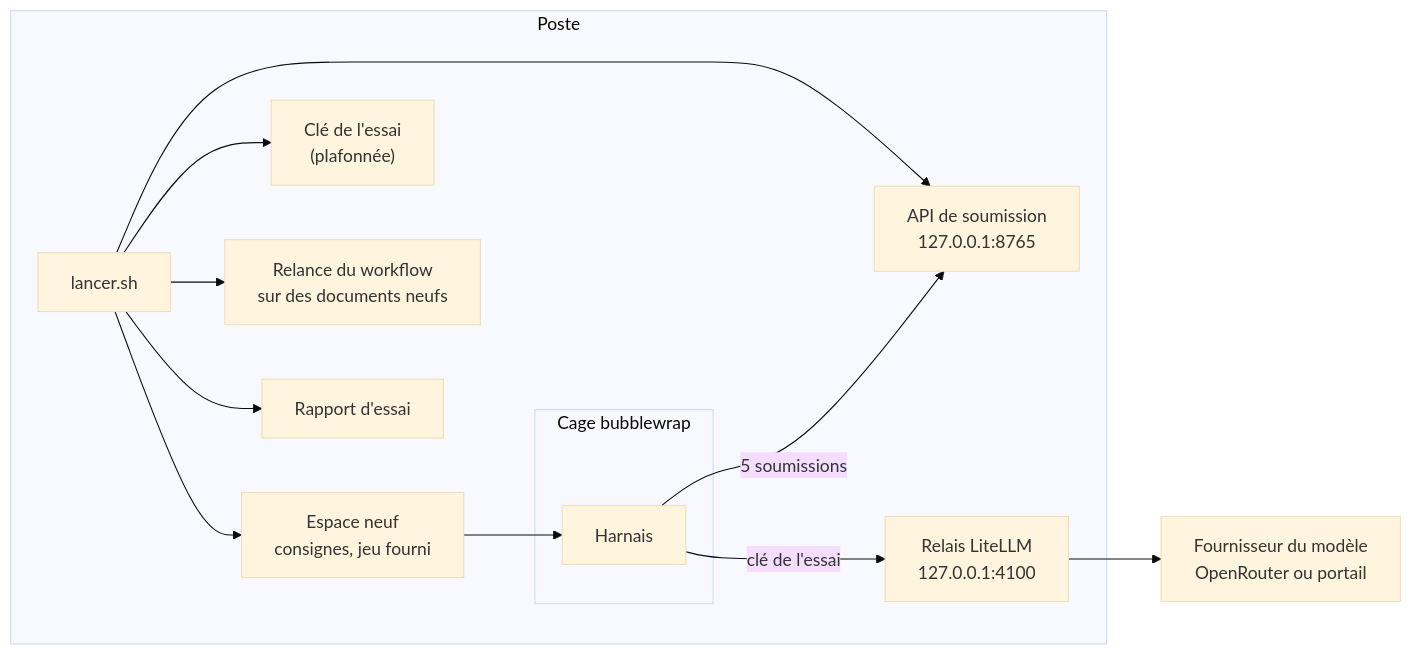
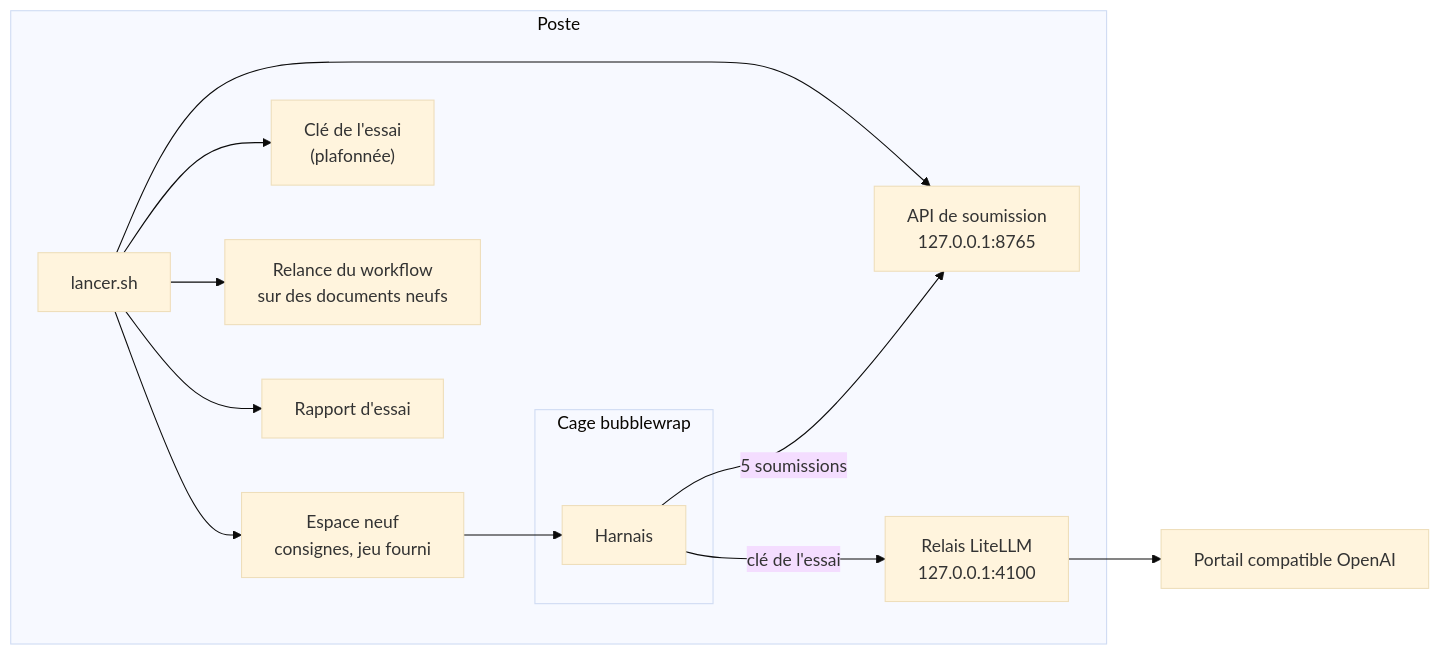
One commit to floSa/Harness-Test-Bench changed the diagram in banc-essai/README.md. Above: the diagram before and after it, drawn with Mermaid (base theme). The commit also changed other lines of this file and 704 other files, not shown here.

````diff
--- a/banc-essai/README.md
+++ b/banc-essai/README.md
@@ -7,17 +7,17 @@
 ```mermaid
 flowchart LR
     subgraph poste["Poste"]
         L["lancer.sh"] --> E["Espace neuf<br/>consignes, jeu fourni"]
         L --> K["Clé de l'essai<br/>(plafonnée)"]
         L --> A["API de soumission<br/>127.0.0.1:8765"]
         subgraph cage["Cage bubblewrap"]
             H["Harnais"]
         end
         E --> H
         H -->|"5 soumissions"| A
         H -->|"clé de l'essai"| R["Relais LiteLLM<br/>127.0.0.1:4100"]
         L --> RL["Relance du workflow<br/>sur des documents neufs"]
         L --> RP["Rapport d'essai"]
     end
-    R --> F["Fournisseur du modèle<br/>OpenRouter ou portail"]
+    R --> F["Portail compatible OpenAI"]
 ```
````
